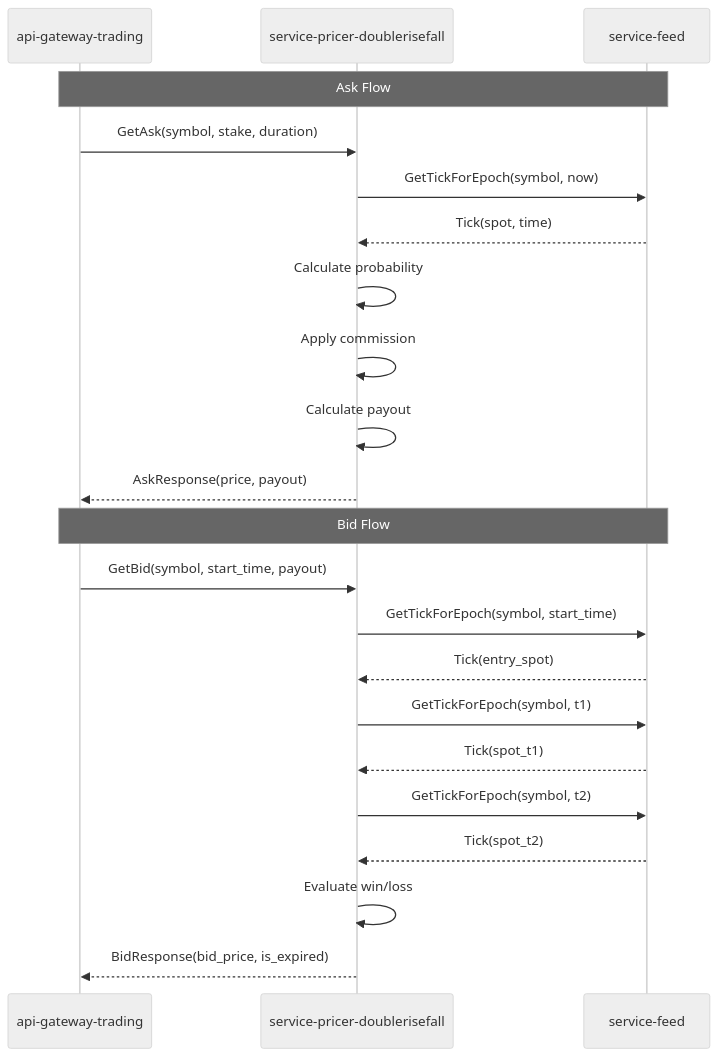
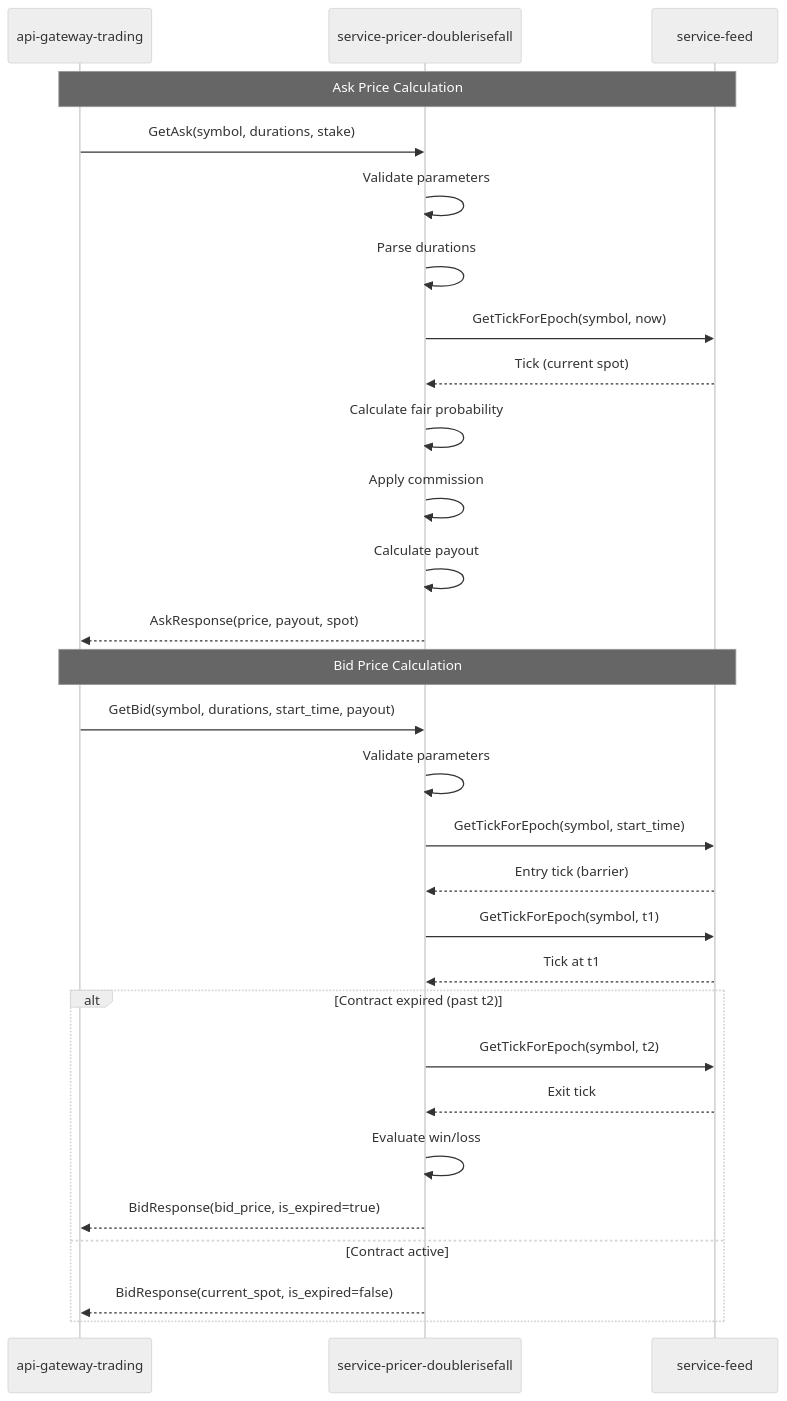
Before and after one commit to junbon-deriv/specai-process: the third of 3 diagrams in workspace/output/architecture/architecture.md, drawn with Mermaid (neutral theme). The commit also changed other lines of this file and 41 other files, not shown here.

````diff
--- a/workspace/output/architecture/architecture.md
+++ b/workspace/output/architecture/architecture.md
@@ -298,26 +309,33 @@
 ```mermaid
 sequenceDiagram
-    participant Client as api-gateway-trading
+    participant Gateway as api-gateway-trading
     participant Service as service-pricer-doublerisefall
     participant Feed as service-feed
     
-    Note over Client,Feed: Ask Flow
-    Client->>Service: GetAsk(symbol, stake, duration)
+    Note over Gateway,Feed: Ask Price Calculation
+    Gateway->>Service: GetAsk(symbol, durations, stake)
+    Service->>Service: Validate parameters
+    Service->>Service: Parse durations
     Service->>Feed: GetTickForEpoch(symbol, now)
-    Feed-->>Service: Tick(spot, time)
-    Service->>Service: Calculate probability
+    Feed-->>Service: Tick (current spot)
+    Service->>Service: Calculate fair probability
     Service->>Service: Apply commission
     Service->>Service: Calculate payout
-    Service-->>Client: AskResponse(price, payout)
+    Service-->>Gateway: AskResponse(price, payout, spot)
     
-    Note over Client,Feed: Bid Flow
-    Client->>Service: GetBid(symbol, start_time, payout)
+    Note over Gateway,Feed: Bid Price Calculation
+    Gateway->>Service: GetBid(symbol, durations, start_time, payout)
+    Service->>Service: Validate parameters
     Service->>Feed: GetTickForEpoch(symbol, start_time)
-    Feed-->>Service: Tick(entry_spot)
+    Feed-->>Service: Entry tick (barrier)
     Service->>Feed: GetTickForEpoch(symbol, t1)
-    Feed-->>Service: Tick(spot_t1)
-    Service->>Feed: GetTickForEpoch(symbol, t2)
-    Feed-->>Service: Tick(spot_t2)
-    Service->>Service: Evaluate win/loss
-    Service-->>Client: BidResponse(bid_price, is_expired)
+    Feed-->>Service: Tick at t1
+    alt Contract expired (past t2)
+        Service->>Feed: GetTickForEpoch(symbol, t2)
+        Feed-->>Service: Exit tick
+        Service->>Service: Evaluate win/loss
+        Service-->>Gateway: BidResponse(bid_price, is_expired=true)
+    else Contract active
+        Service-->>Gateway: BidResponse(current_spot, is_expired=false)
+    end
 ```
````
